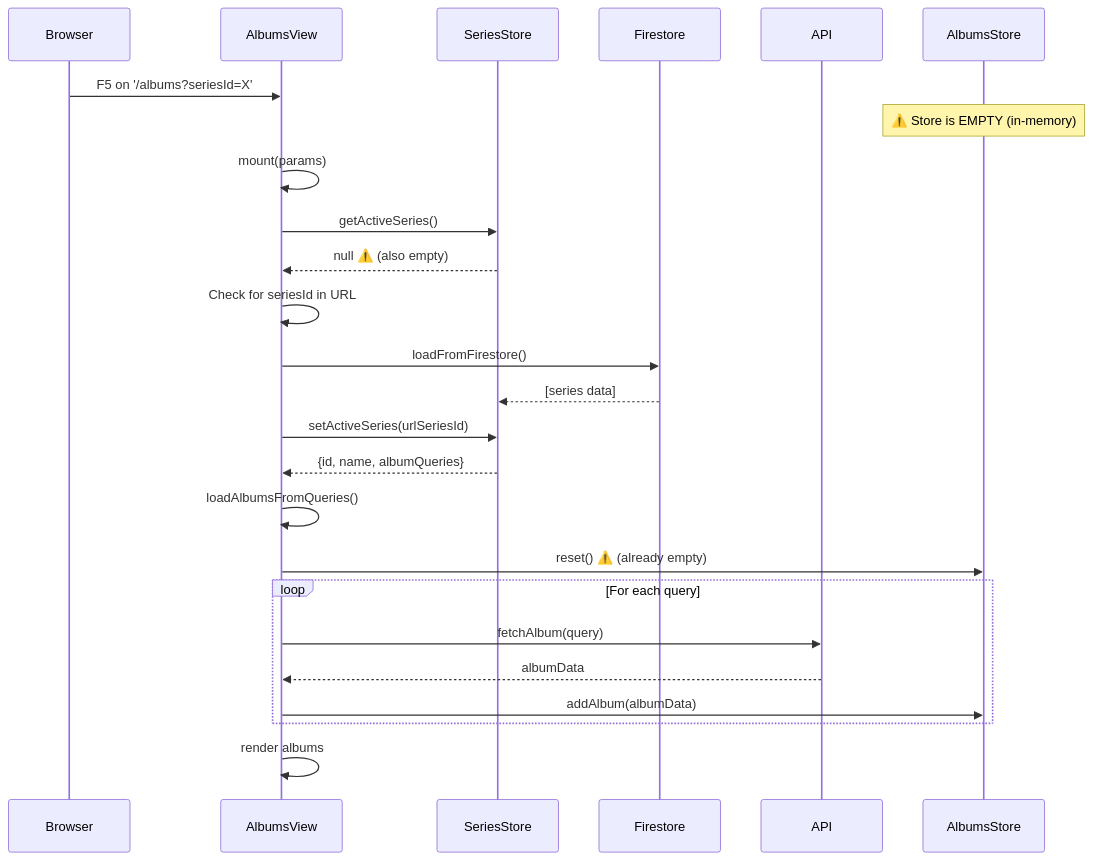
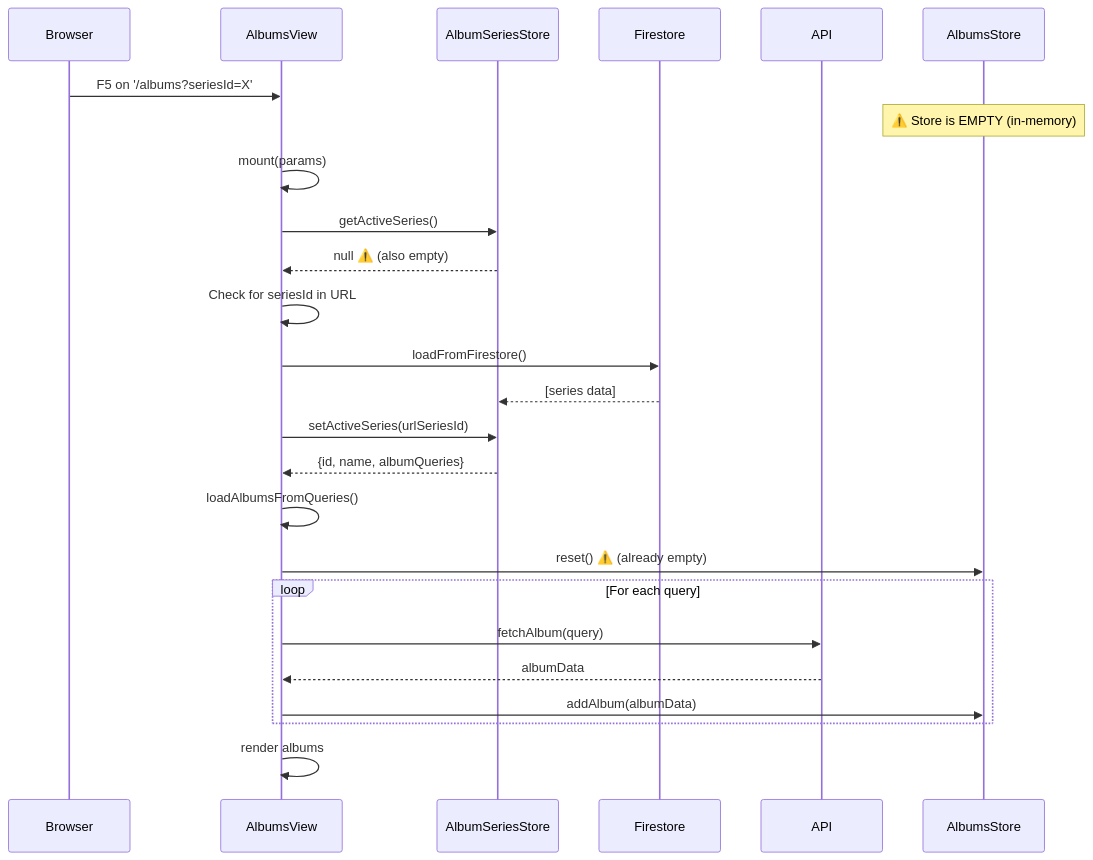
The fifth of 6 diagrams in docs/technical/data_flow_architecture.md (maujrp99/MJRP_AlbumsBalancedPlaylists_v0), drawn with Mermaid before and after one commit. The commit also changed other lines of this file, not shown here.

First line of the commit message:
docs: Update data_flow_architecture with AlbumSeriesStore nomenclature

````diff
--- a/docs/technical/data_flow_architecture.md
+++ b/docs/technical/data_flow_architecture.md
@@ -157,34 +147,34 @@
 ```mermaid
 sequenceDiagram
     participant Browser
     participant AlbumsView
-    participant SeriesStore
+    participant AlbumSeriesStore
     participant Firestore
     participant API
     participant AlbumsStore
     
     Browser->>AlbumsView: F5 on '/albums?seriesId=X'
     Note over AlbumsStore: ⚠️ Store is EMPTY (in-memory)
     
     AlbumsView->>AlbumsView: mount(params)
-    AlbumsView->>SeriesStore: getActiveSeries()
-    SeriesStore-->>AlbumsView: null ⚠️ (also empty)
+    AlbumsView->>AlbumSeriesStore: getActiveSeries()
+    AlbumSeriesStore-->>AlbumsView: null ⚠️ (also empty)
     
     AlbumsView->>AlbumsView: Check for seriesId in URL
     AlbumsView->>Firestore: loadFromFirestore()
-    Firestore-->>SeriesStore: [series data]
+    Firestore-->>AlbumSeriesStore: [series data]
     
-    AlbumsView->>SeriesStore: setActiveSeries(urlSeriesId)
-    SeriesStore-->>AlbumsView: {id, name, albumQueries}
+    AlbumsView->>AlbumSeriesStore: setActiveSeries(urlSeriesId)
+    AlbumSeriesStore-->>AlbumsView: {id, name, albumQueries}
     
     AlbumsView->>AlbumsView: loadAlbumsFromQueries()
     AlbumsView->>AlbumsStore: reset() ⚠️ (already empty)
     
     loop For each query
         AlbumsView->>API: fetchAlbum(query)
         API-->>AlbumsView: albumData
         AlbumsView->>AlbumsStore: addAlbum(albumData)
     end
     
     AlbumsView->>AlbumsView: render albums
 ```
````
